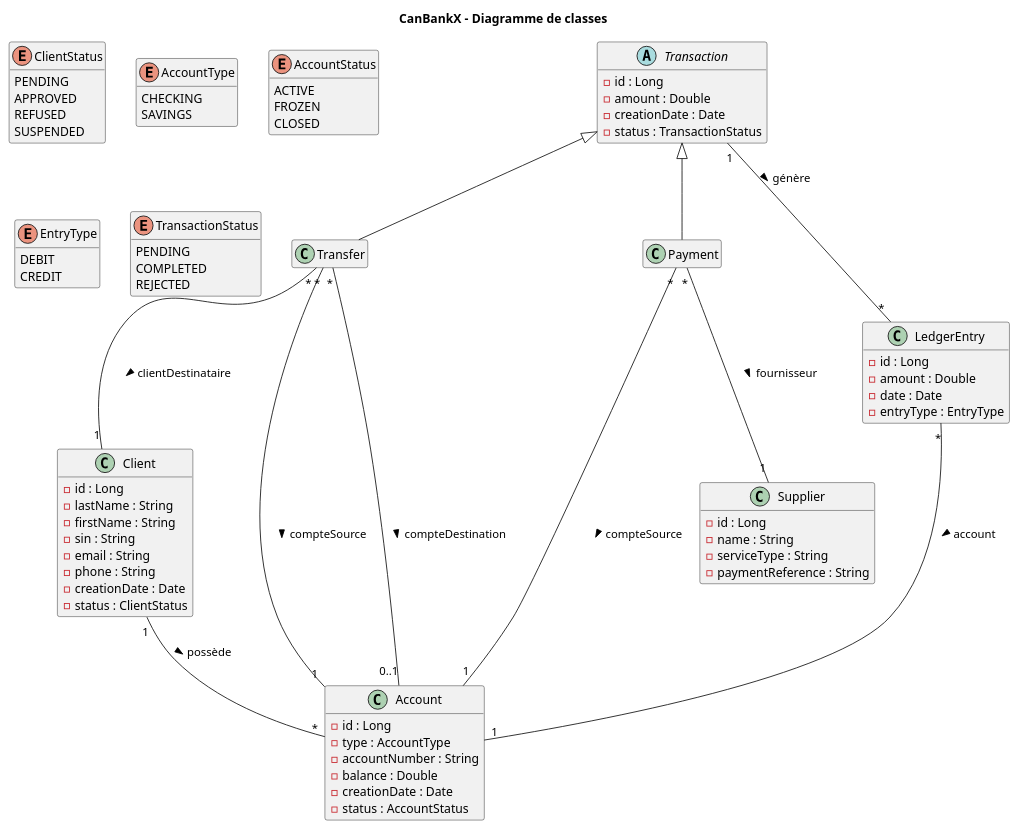
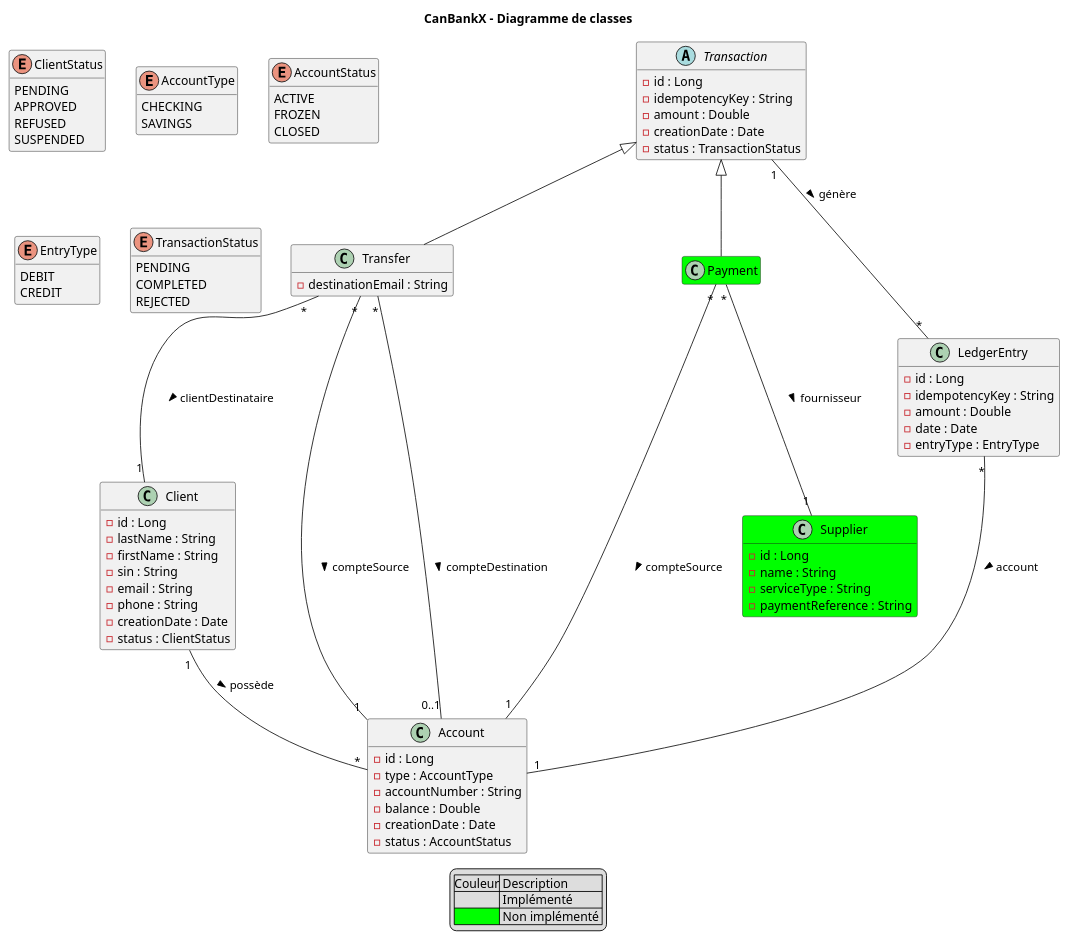
Before and after one commit to Aspirot/CanBankX: the diagram in docs/diagrams/classes.puml, drawn with PlantUML. The commit also changed 70 other files, not shown here.

```diff
--- a/docs/diagrams/classes.puml
+++ b/docs/diagrams/classes.puml
@@ -1,97 +1,105 @@
 @startuml Classes
 title CanBankX - Diagramme de classes
 
 hide empty members
 
 enum ClientStatus {
     PENDING
     APPROVED
     REFUSED
     SUSPENDED
 }
 
 enum AccountType {
     CHECKING
     SAVINGS
 }
 
 enum AccountStatus {
     ACTIVE
     FROZEN
     CLOSED
 }
 
 enum EntryType {
     DEBIT
     CREDIT
 }
 
 enum TransactionStatus {
     PENDING
     COMPLETED
     REJECTED
 }
 
 class Client {
     - id : Long
     - lastName : String
     - firstName : String
     - sin : String
     - email : String
     - phone : String
     - creationDate : Date
     - status : ClientStatus
 }
 
 class Account {
     - id : Long
     - type : AccountType
     - accountNumber : String
     - balance : Double
     - creationDate : Date
     - status : AccountStatus
 }
 
 abstract class Transaction {
     - id : Long
+    - idempotencyKey : String
     - amount : Double
     - creationDate : Date
     - status : TransactionStatus
 }
 
 class Transfer {
+    - destinationEmail : String
 }
 
-class Payment {
+class Payment #00FF00 {
 }
 
-class Supplier {
+class Supplier #00FF00 {
     - id : Long
     - name : String
     - serviceType : String
     - paymentReference : String
 }
 
 class LedgerEntry {
     - id : Long
+    - idempotencyKey : String
     - amount : Double
     - date : Date
     - entryType : EntryType
 }
 
 Transaction <|-- Transfer
 Transaction <|-- Payment
 
 Client "1" -- "*" Account : possède >
 
 Transfer "*" -- "1" Account : compteSource >
 Transfer "*" -- "1" Client : clientDestinataire >
 Transfer "*" -- "0..1" Account : compteDestination >
 
 Payment "*" -- "1" Account : compteSource >
 Payment "*" -- "1" Supplier : fournisseur >
 
 Transaction "1" -- "*" LedgerEntry : génère >
 LedgerEntry "*" -- "1" Account : account >
 
+legend
+    |Couleur| Description |
+    | | Implémenté |
+    |<#00FF00>| Non implémenté |
+end legend
 @enduml
```
